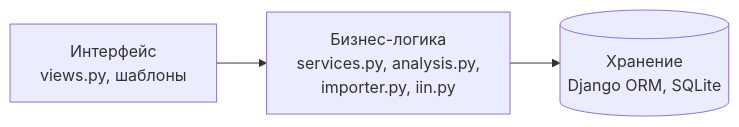
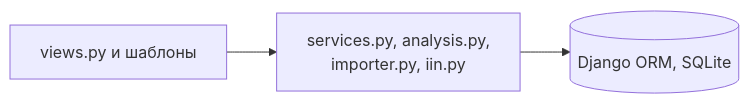
One commit to murwqq/adal changed the diagram in README.md. Above: the diagram before and after it, drawn with Mermaid. The commit also changed other lines of this file and 1 other file, not shown here.

````diff
--- a/README.md
+++ b/README.md
@@ -92,5 +128,5 @@
 ```mermaid
 flowchart LR
-  UI["Интерфейс<br/>views.py, шаблоны"] --> BL["Бизнес-логика<br/>services.py, analysis.py,<br/>importer.py, iin.py"]
-  BL --> DB[("Хранение<br/>Django ORM, SQLite")]
+  UI["views.py и шаблоны"] --> BL["services.py, analysis.py,<br/>importer.py, iin.py"]
+  BL --> DB[("Django ORM, SQLite")]
 ```
````
